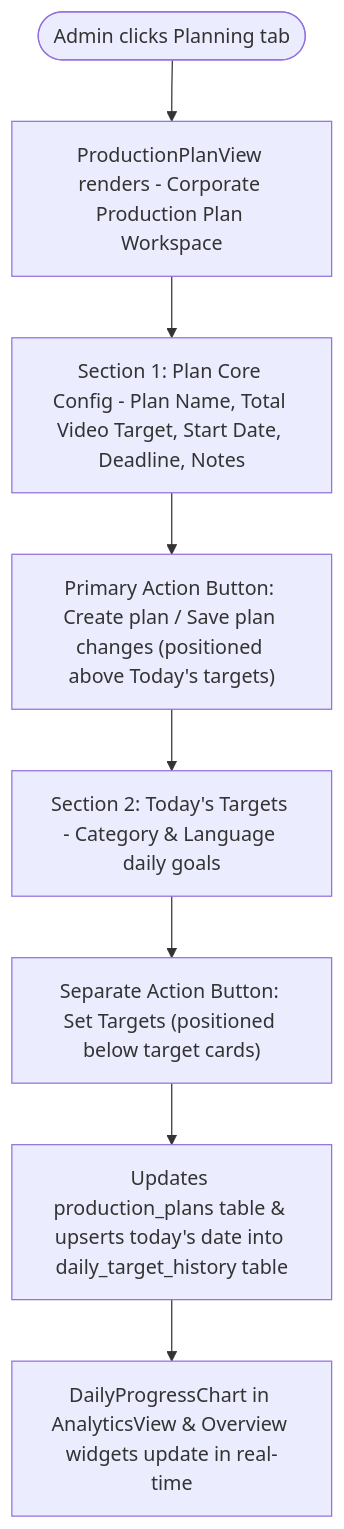
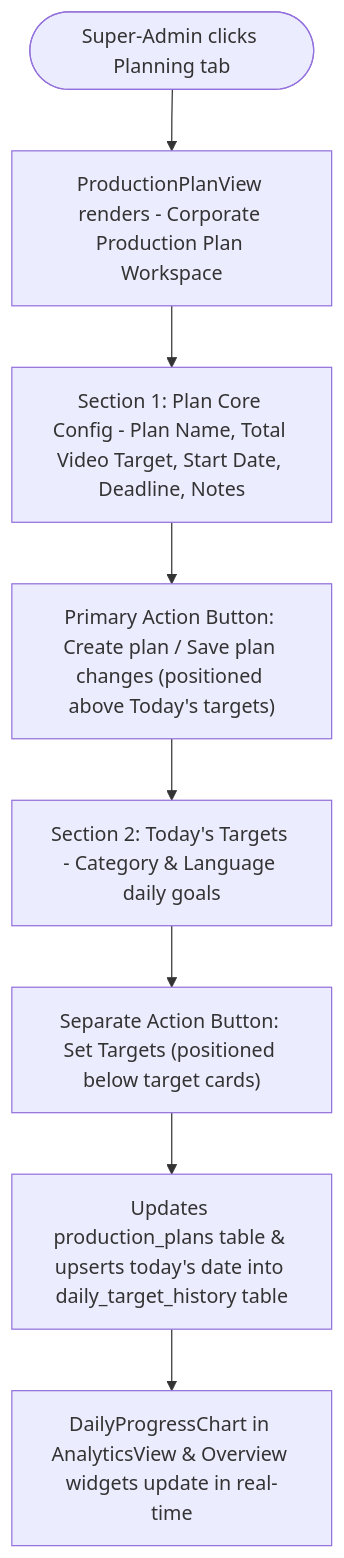
Before and after one commit to Lyduke56/BuckedUp-Dashboard-Lifewood: the seventh of 8 diagrams in role_workflows.md, drawn with Mermaid. The commit also changed other lines of this file and 2 other files, not shown here.

````diff
--- a/role_workflows.md
+++ b/role_workflows.md
@@ -216,10 +221,10 @@
 ```mermaid
 flowchart TD
-    A([Admin clicks Planning tab]) --> B["ProductionPlanView renders - Corporate Production Plan Workspace"]
+    A([Super-Admin clicks Planning tab]) --> B["ProductionPlanView renders - Corporate Production Plan Workspace"]
     B --> C["Section 1: Plan Core Config - Plan Name, Total Video Target, Start Date, Deadline, Notes"]
     C --> D["Primary Action Button: Create plan / Save plan changes (positioned above Today's targets)"]
     D --> E["Section 2: Today's Targets - Category & Language daily goals"]
     E --> F["Separate Action Button: Set Targets (positioned below target cards)"]
     F --> G["Updates production_plans table & upserts today's date into daily_target_history table"]
     G --> H["DailyProgressChart in AnalyticsView & Overview widgets update in real-time"]
 ```
````
